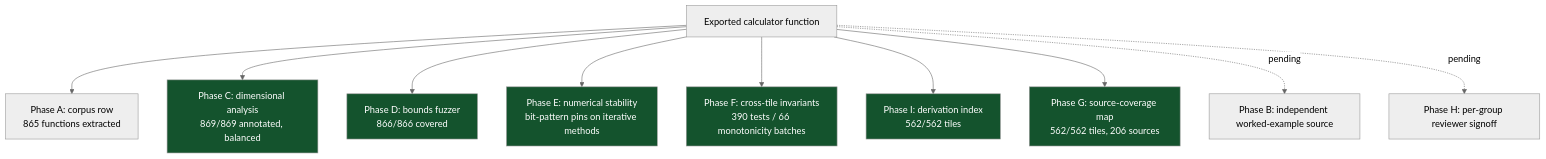
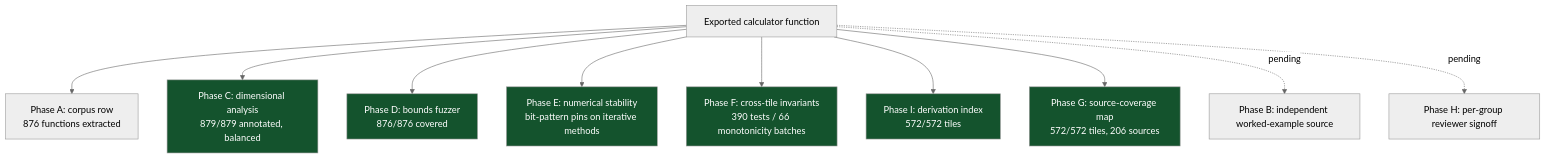
One commit to clay-good/roughlogic.com changed the fourth of 6 diagrams in README.md. Above: the diagram before and after it, drawn with Mermaid (neutral theme). The commit also changed other lines of this file and 21 other files, not shown here.

````diff
--- a/README.md
+++ b/README.md
@@ -280,18 +284,18 @@
 ```mermaid
 flowchart TB
-    F[Exported calculator function] --> A[Phase A: corpus row\n865 functions extracted]
-    F --> C[Phase C: dimensional analysis\n869/869 annotated, balanced]
-    F --> D[Phase D: bounds fuzzer\n866/866 covered]
+    F[Exported calculator function] --> A[Phase A: corpus row\n876 functions extracted]
+    F --> C[Phase C: dimensional analysis\n879/879 annotated, balanced]
+    F --> D[Phase D: bounds fuzzer\n876/876 covered]
     F --> E[Phase E: numerical stability\nbit-pattern pins on iterative methods]
     F --> Fa[Phase F: cross-tile invariants\n390 tests / 66 monotonicity batches]
-    F --> I[Phase I: derivation index\n562/562 tiles]
-    F --> G[Phase G: source-coverage map\n562/562 tiles, 206 sources]
+    F --> I[Phase I: derivation index\n572/572 tiles]
+    F --> G[Phase G: source-coverage map\n572/572 tiles, 206 sources]
     F -.pending.-> B[Phase B: independent worked-example source]
     F -.pending.-> H[Phase H: per-group reviewer signoff]
     style C fill:#14532d,color:#fff
     style D fill:#14532d,color:#fff
     style E fill:#14532d,color:#fff
     style Fa fill:#14532d,color:#fff
     style G fill:#14532d,color:#fff
     style I fill:#14532d,color:#fff
 ```
````
